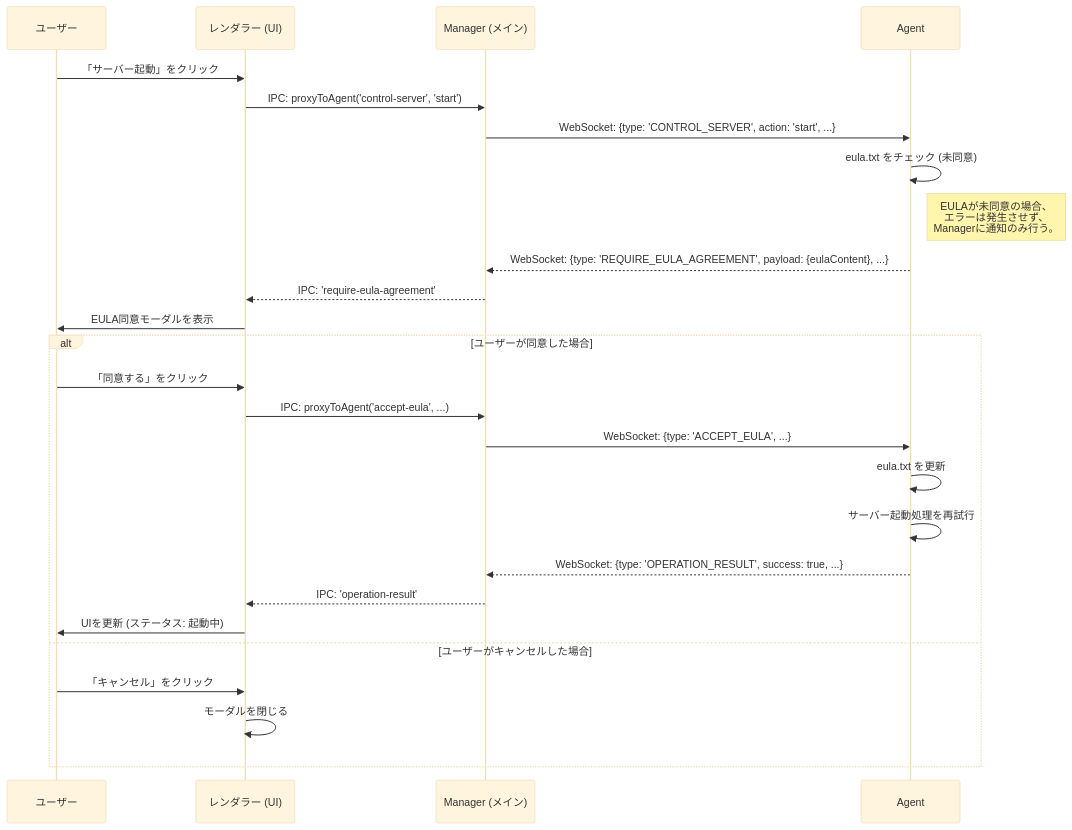
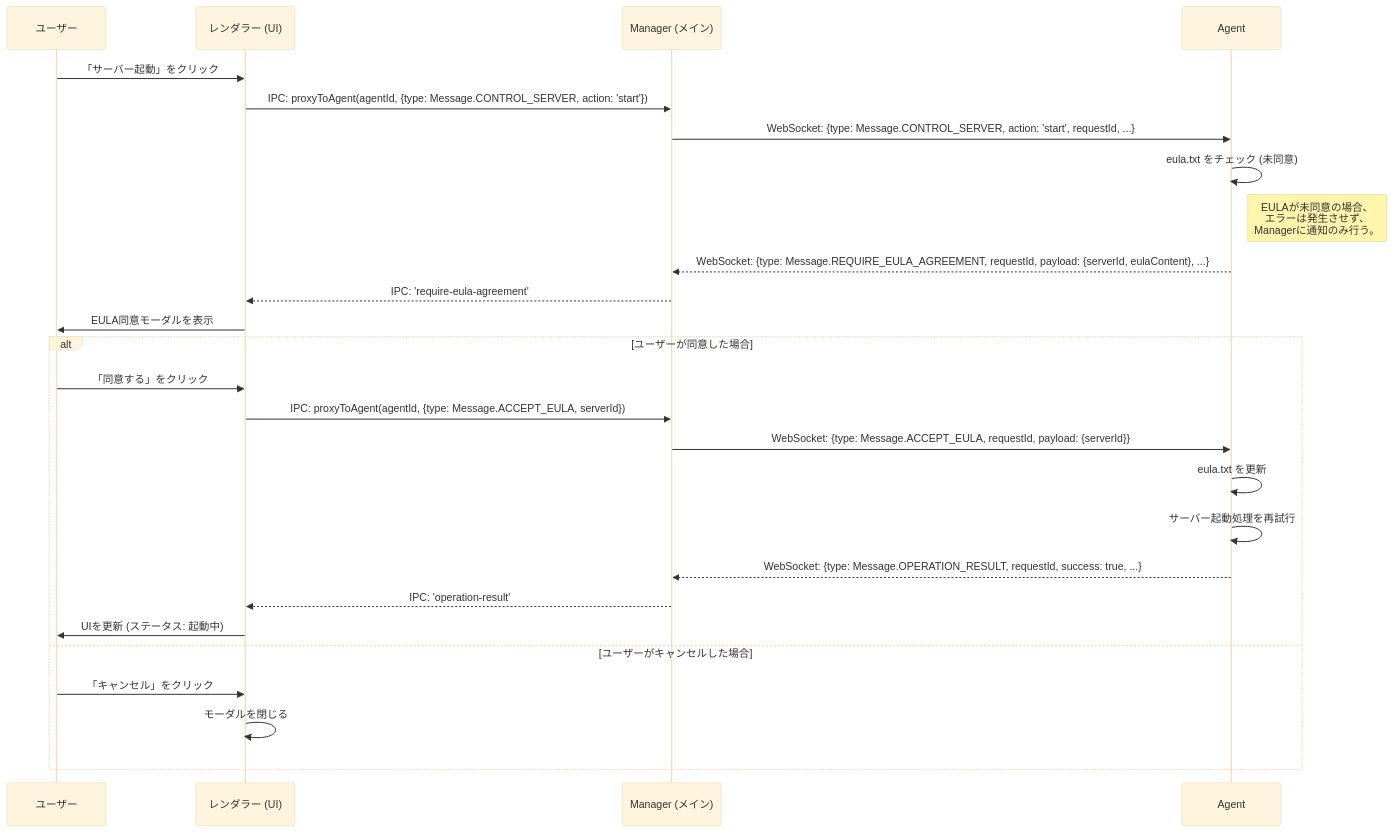
One commit to Nekolite-Studio/NL-ServerManager changed the fourth of 6 diagrams in markdown/docs/COMMUNICATION_FLOW.md. Above: the diagram before and after it, drawn with Mermaid (base theme). The commit also changed other lines of this file and 24 other files, not shown here.

````diff
--- a/markdown/docs/COMMUNICATION_FLOW.md
+++ b/markdown/docs/COMMUNICATION_FLOW.md
@@ -103,31 +103,31 @@
 ```mermaid
 sequenceDiagram
     participant User as ユーザー
     participant Renderer as レンダラー (UI)
     participant Main as Manager (メイン)
     participant Agent
 
     User->>Renderer: 「サーバー起動」をクリック
-    Renderer->>Main: IPC: proxyToAgent('control-server', 'start')
-    Main->>Agent: WebSocket: {type: 'CONTROL_SERVER', action: 'start', ...}
+    Renderer->>Main: IPC: proxyToAgent(agentId, {type: Message.CONTROL_SERVER, action: 'start'})
+    Main->>Agent: WebSocket: {type: Message.CONTROL_SERVER, action: 'start', requestId, ...}
 
     Agent->>Agent: eula.txt をチェック (未同意)
     note right of Agent: EULAが未同意の場合、<br>エラーは発生させず、<br>Managerに通知のみ行う。
-    Agent-->>Main: WebSocket: {type: 'REQUIRE_EULA_AGREEMENT', payload: {eulaContent}, ...}
+    Agent-->>Main: WebSocket: {type: Message.REQUIRE_EULA_AGREEMENT, requestId, payload: {serverId, eulaContent}, ...}
     Main-->>Renderer: IPC: 'require-eula-agreement'
     Renderer->>User: EULA同意モーダルを表示
 
     alt ユーザーが同意した場合
         User->>Renderer: 「同意する」をクリック
-        Renderer->>Main: IPC: proxyToAgent('accept-eula', ...)
-        Main->>Agent: WebSocket: {type: 'ACCEPT_EULA', ...}
+        Renderer->>Main: IPC: proxyToAgent(agentId, {type: Message.ACCEPT_EULA, serverId})
+        Main->>Agent: WebSocket: {type: Message.ACCEPT_EULA, requestId, payload: {serverId}}
         Agent->>Agent: eula.txt を更新
         Agent->>Agent: サーバー起動処理を再試行
-        Agent-->>Main: WebSocket: {type: 'OPERATION_RESULT', success: true, ...}
+        Agent-->>Main: WebSocket: {type: Message.OPERATION_RESULT, requestId, success: true, ...}
         Main-->>Renderer: IPC: 'operation-result'
         Renderer->>User: UIを更新 (ステータス: 起動中)
     else ユーザーがキャンセルした場合
         User->>Renderer: 「キャンセル」をクリック
         Renderer->>Renderer: モーダルを閉じる
     end
 ```
````
